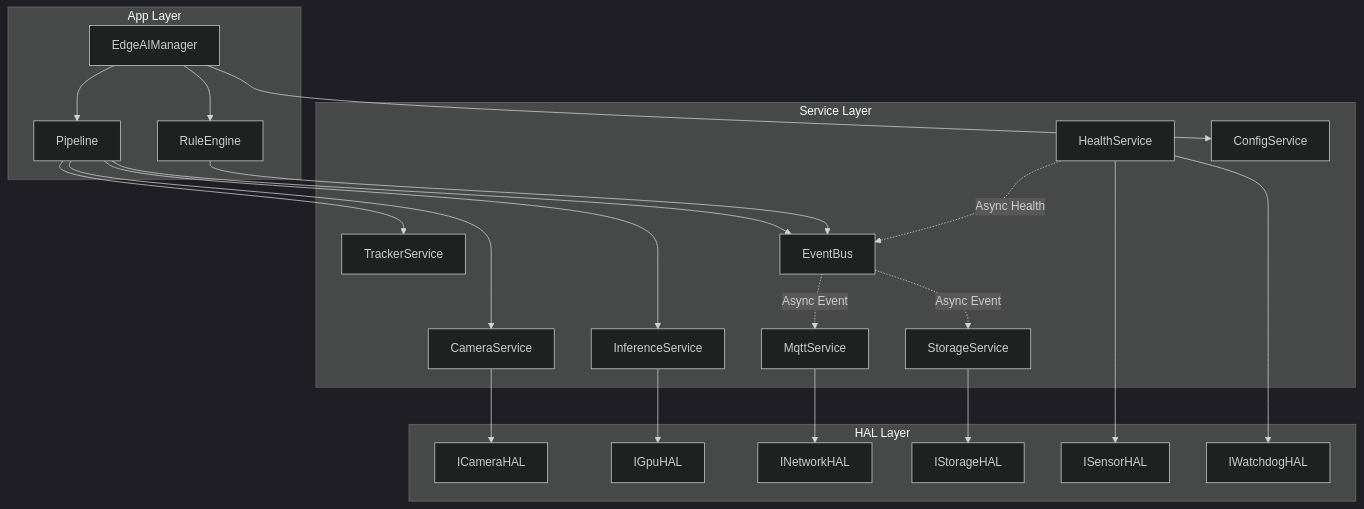
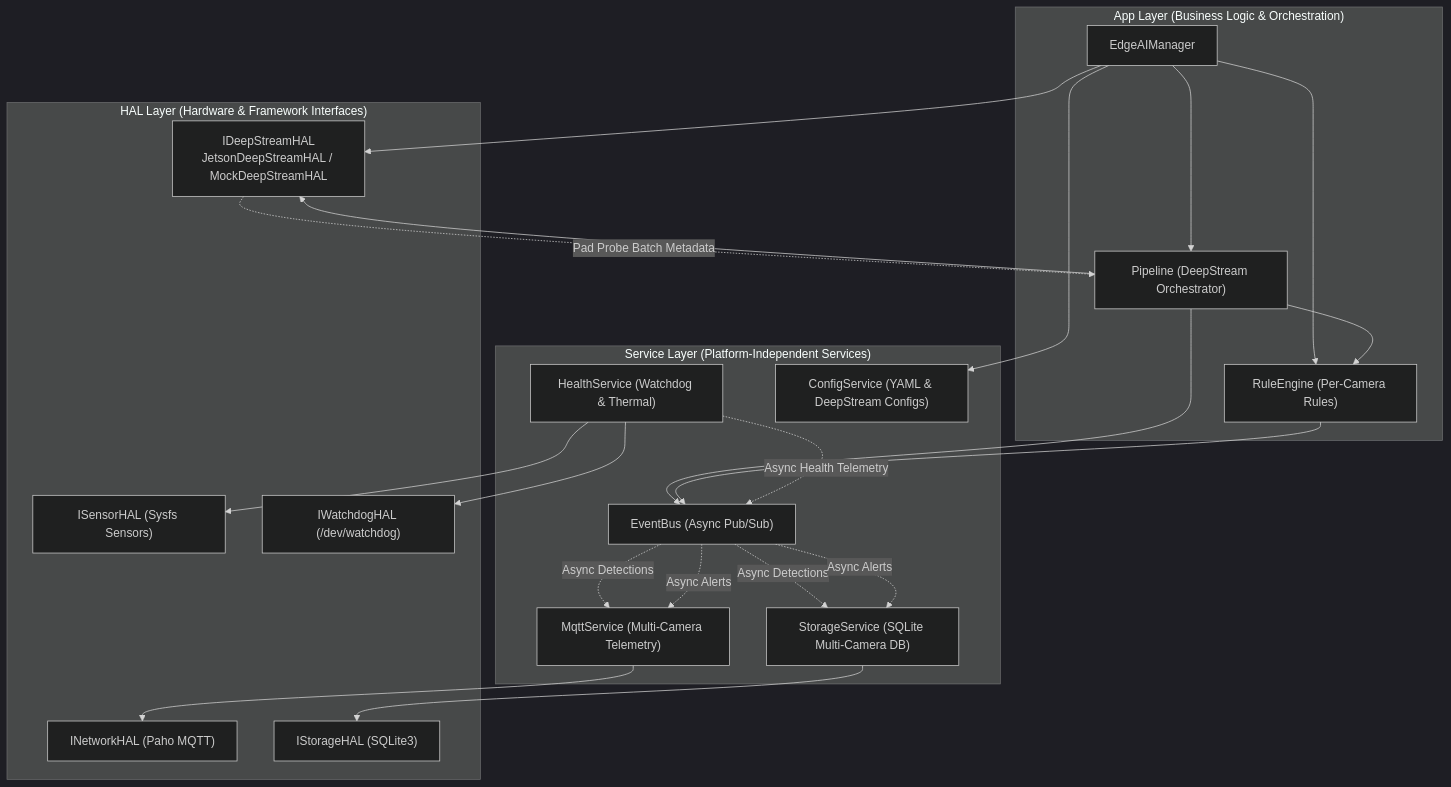
One commit to TranXuanTinh/MultiCamera changed the diagram in docs/design/high_level_design.md. Above: the diagram before and after it, drawn with Mermaid (dark theme). The commit also changed other lines of this file and 39 other files, not shown here.

Commit message:
Init Multi Camera Project

````diff
--- a/docs/design/high_level_design.md
+++ b/docs/design/high_level_design.md
@@ -26,43 +26,48 @@
 ```mermaid
 flowchart TD
-    subgraph APP["App Layer"]
+    subgraph APP["App Layer (Business Logic & Orchestration)"]
         MGR["EdgeAIManager"]
-        PIPE["Pipeline"]
-        RULE["RuleEngine"]
+        PIPE["Pipeline (DeepStream Orchestrator)"]
+        RULE["RuleEngine (Per-Camera Rules)"]
     end
 
-    subgraph SERVICES["Service Layer"]
-        CAM_S["CameraService"]
-        INF_S["InferenceService"]
-        TRK_S["TrackerService"]
-        EBUS["EventBus"]
-        MQTT_S["MqttService"]
-        STOR_S["StorageService"]
-        HLT_S["HealthService"]
-        CFG_S["ConfigService"]
+    subgraph SERVICES["Service Layer (Platform-Independent Services)"]
+        EBUS["EventBus (Async Pub/Sub)"]
+        MQTT_S["MqttService (Multi-Camera Telemetry)"]
+        STOR_S["StorageService (SQLite Multi-Camera DB)"]
+        HLT_S["HealthService (Watchdog & Thermal)"]
+        CFG_S["ConfigService (YAML & DeepStream Configs)"]
     end
 
-    subgraph HALS["HAL Layer"]
-        CAM_H["ICameraHAL"]
-        GPU_H["IGpuHAL"]
-        NET_H["INetworkHAL"]
-        STR_H["IStorageHAL"]
-        SNS_H["ISensorHAL"]
-        WDG_H["IWatchdogHAL"]
+    subgraph HALS["HAL Layer (Hardware & Framework Interfaces)"]
+        DS_H["IDeepStreamHAL<br/>JetsonDeepStreamHAL / MockDeepStreamHAL"]
+        NET_H["INetworkHAL (Paho MQTT)"]
+        STR_H["IStorageHAL (SQLite3)"]
+        SNS_H["ISensorHAL (Sysfs Sensors)"]
+        WDG_H["IWatchdogHAL (/dev/watchdog)"]
     end
 
     MGR --> CFG_S
+    MGR --> DS_H
     MGR --> PIPE
     MGR --> RULE
-    PIPE --> CAM_S --> CAM_H
-    PIPE --> INF_S --> GPU_H
-    PIPE --> TRK_S
+
+    PIPE --> DS_H
+    DS_H -.->|"Pad Probe Batch Metadata"| PIPE
+    PIPE --> RULE
     PIPE --> EBUS
     RULE --> EBUS
-    
-    EBUS -.->|Async Event| MQTT_S --> NET_H
-    EBUS -.->|Async Event| STOR_S --> STR_H
+
+    EBUS -.->|"Async Detections"| MQTT_S
+    MQTT_S --> NET_H
+
+    EBUS -.->|"Async Detections"| STOR_S
+    STOR_S --> STR_H
+
+    EBUS -.->|"Async Alerts"| MQTT_S
+    EBUS -.->|"Async Alerts"| STOR_S
+
     HLT_S --> SNS_H
     HLT_S --> WDG_H
-    HLT_S -.->|Async Health| EBUS
+    HLT_S -.->|"Async Health Telemetry"| EBUS
 ```
````
